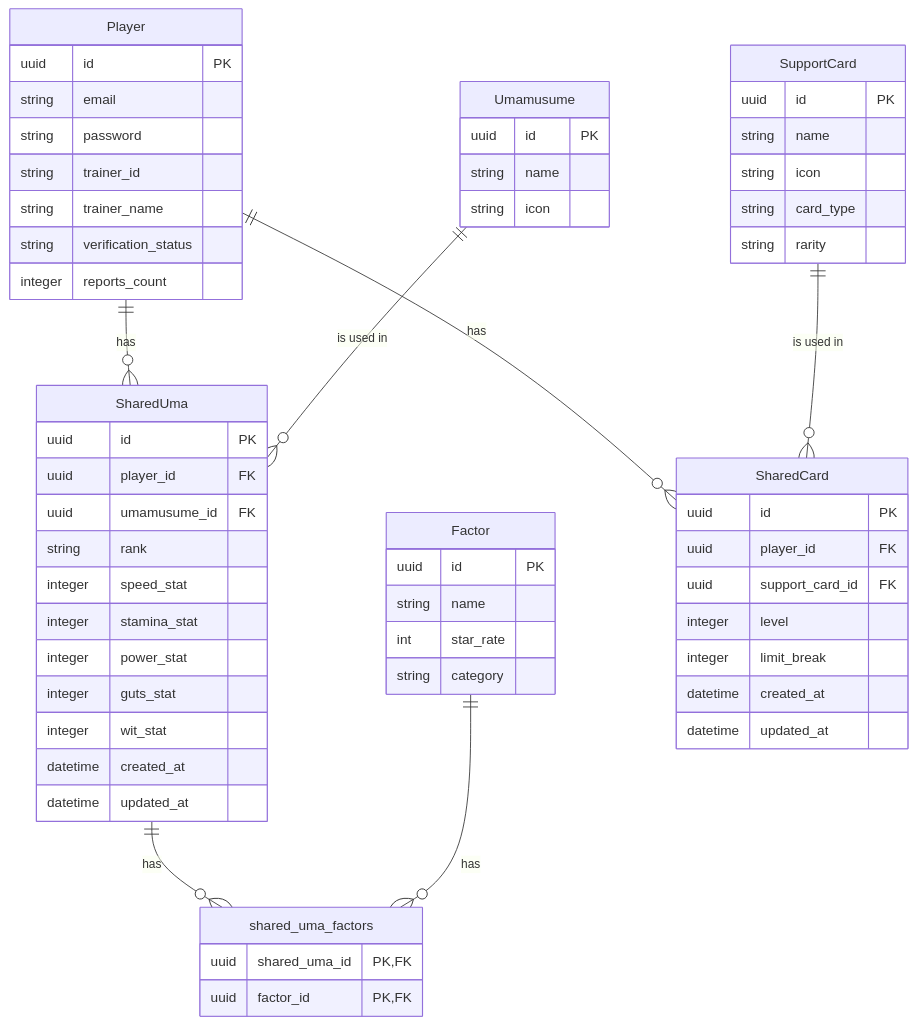
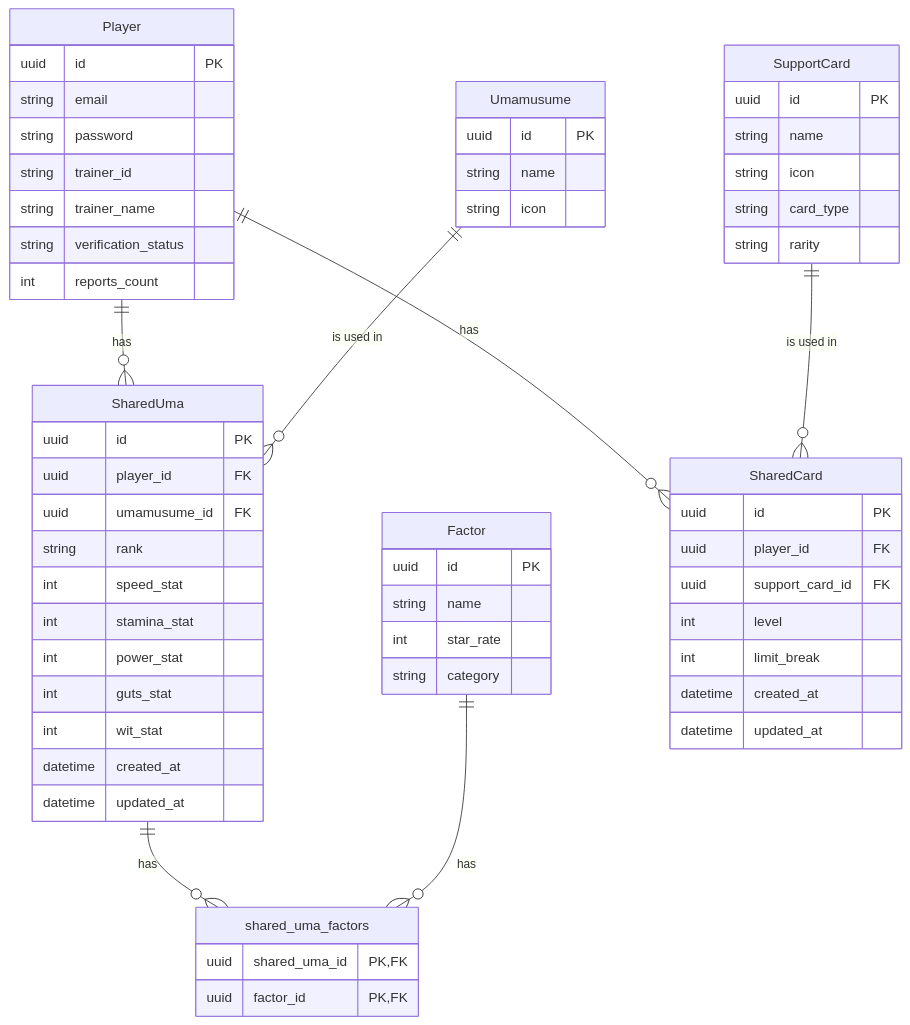
Before and after one commit to Honike-1/KPI2: the diagram in lab1/erDiagram.mmd, drawn with Mermaid.

Commit message:
fix: erDiagram fix

```diff
--- a/lab1/erDiagram.mmd
+++ b/lab1/erDiagram.mmd
@@ -1,61 +1,61 @@
 erDiagram
     Player {
         uuid id PK
         string email
         string password
         string trainer_id
         string trainer_name
         string verification_status
-        integer reports_count
+        int reports_count
     }
     Umamusume {
         uuid id PK
         string name
         string icon
     }
     SupportCard {
         uuid id PK
         string name
         string icon
         string card_type
         string rarity
     }
     Factor {
         uuid id PK
         string name
         int star_rate
         string category
     }
     SharedUma {
         uuid id PK
         uuid player_id FK
         uuid umamusume_id FK
         string rank
-        integer speed_stat
-        integer stamina_stat
-        integer power_stat
-        integer guts_stat
-        integer wit_stat
+        int speed_stat
+        int stamina_stat
+        int power_stat
+        int guts_stat
+        int wit_stat
         datetime created_at
         datetime updated_at
     }
     SharedCard {
         uuid id PK
         uuid player_id FK
         uuid support_card_id FK
-        integer level
-        integer limit_break
+        int level
+        int limit_break
         datetime created_at
         datetime updated_at
     }
     shared_uma_factors {
         uuid shared_uma_id PK, FK
         uuid factor_id PK, FK
     }
 
     Player ||--o{ SharedUma : "has"
     Player ||--o{ SharedCard : "has"
     Umamusume ||--o{ SharedUma : "is used in"
     SupportCard ||--o{ SharedCard : "is used in"
     SharedUma ||--o{ shared_uma_factors : "has"
     Factor ||--o{ shared_uma_factors : "has"
```
